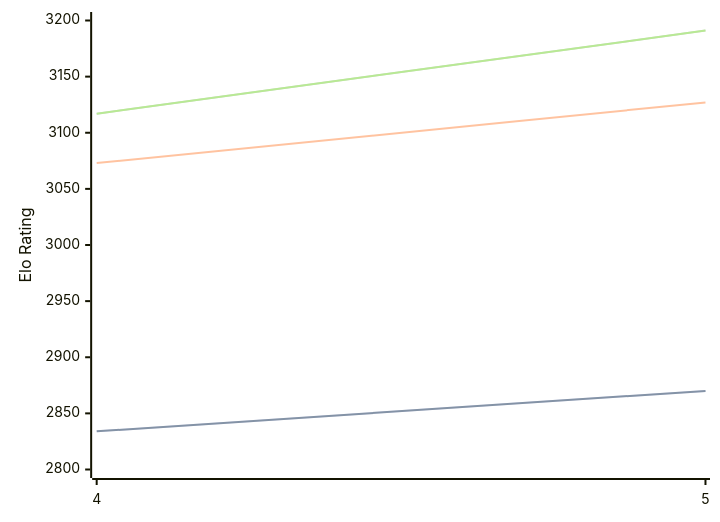
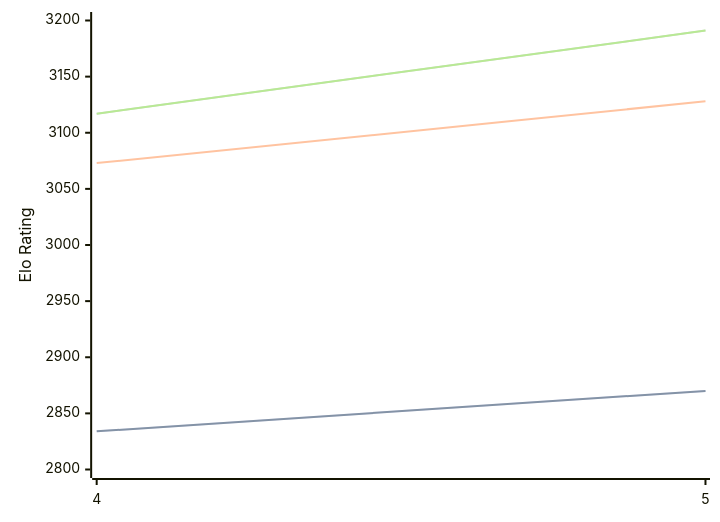
Before and after one commit to computer-chess-index/cci: the first of 3 diagrams in engines/Cwtch.md, drawn with Mermaid. The commit also changed other lines of this file, not shown here.

````diff
--- a/engines/Cwtch.md
+++ b/engines/Cwtch.md
@@ -34,11 +34,11 @@
 ```mermaid
 %%{init: {"theme":"base","themeVariables":{"seriesColors:['#a3a3a3','#222221','#faa371']}}}%%
 xychart-beta
   x-axis ["4", "5"]
   y-axis "Elo Rating" 2800 --> 3200
   line "STC (8.0+0.08s)" [2834, 2870]
   line "STC (8.0+0.08s)" [2834, 2870]
-  line "LTC (60.0+0.60s)" [3073, 3127]
+  line "LTC (60.0+0.60s)" [3073, 3128]
   line "VLTC (2m24s+1.12s)" [3117, 3191]
   line "VLTC (2m24s+1.12s)" [3117, 3191]
 ```
````
